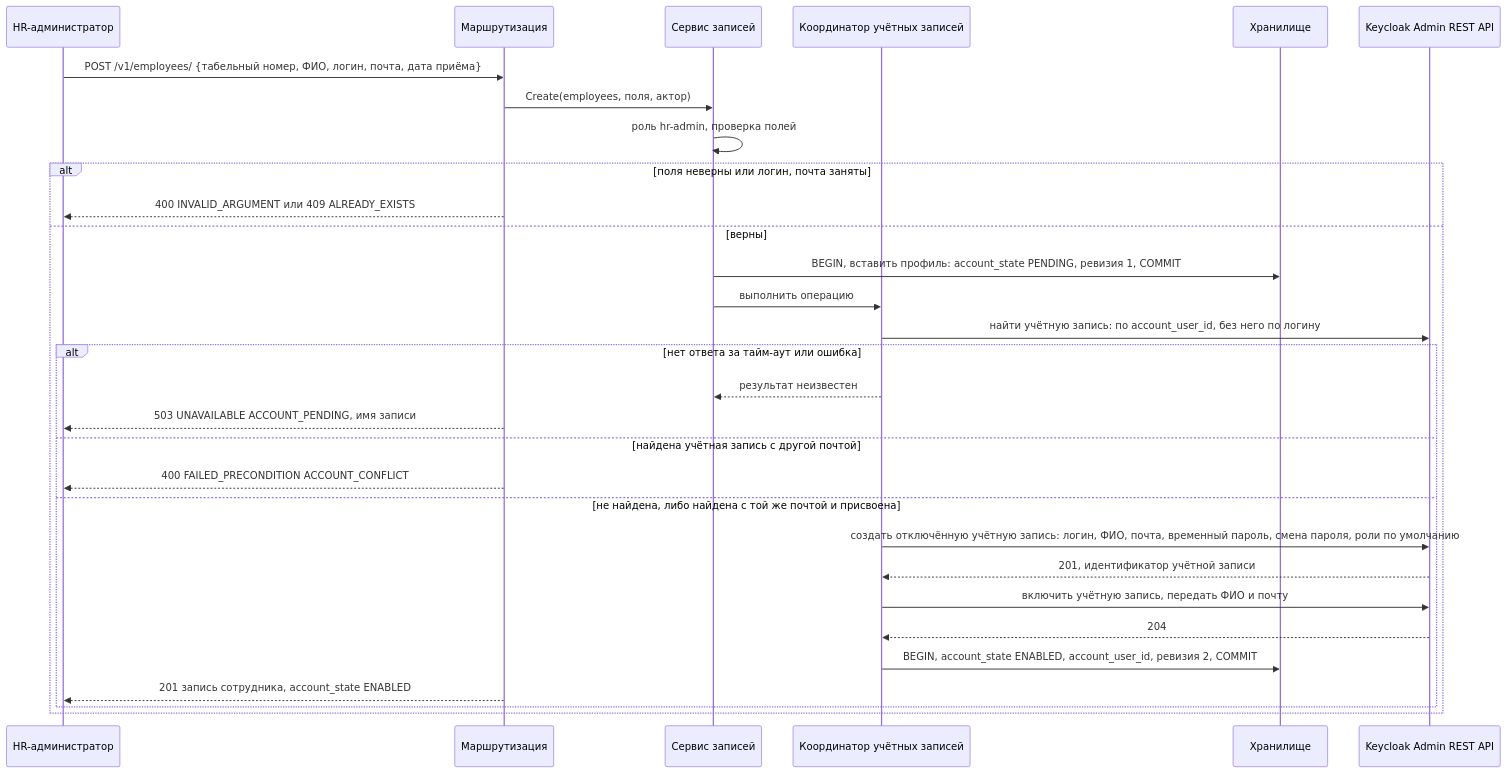
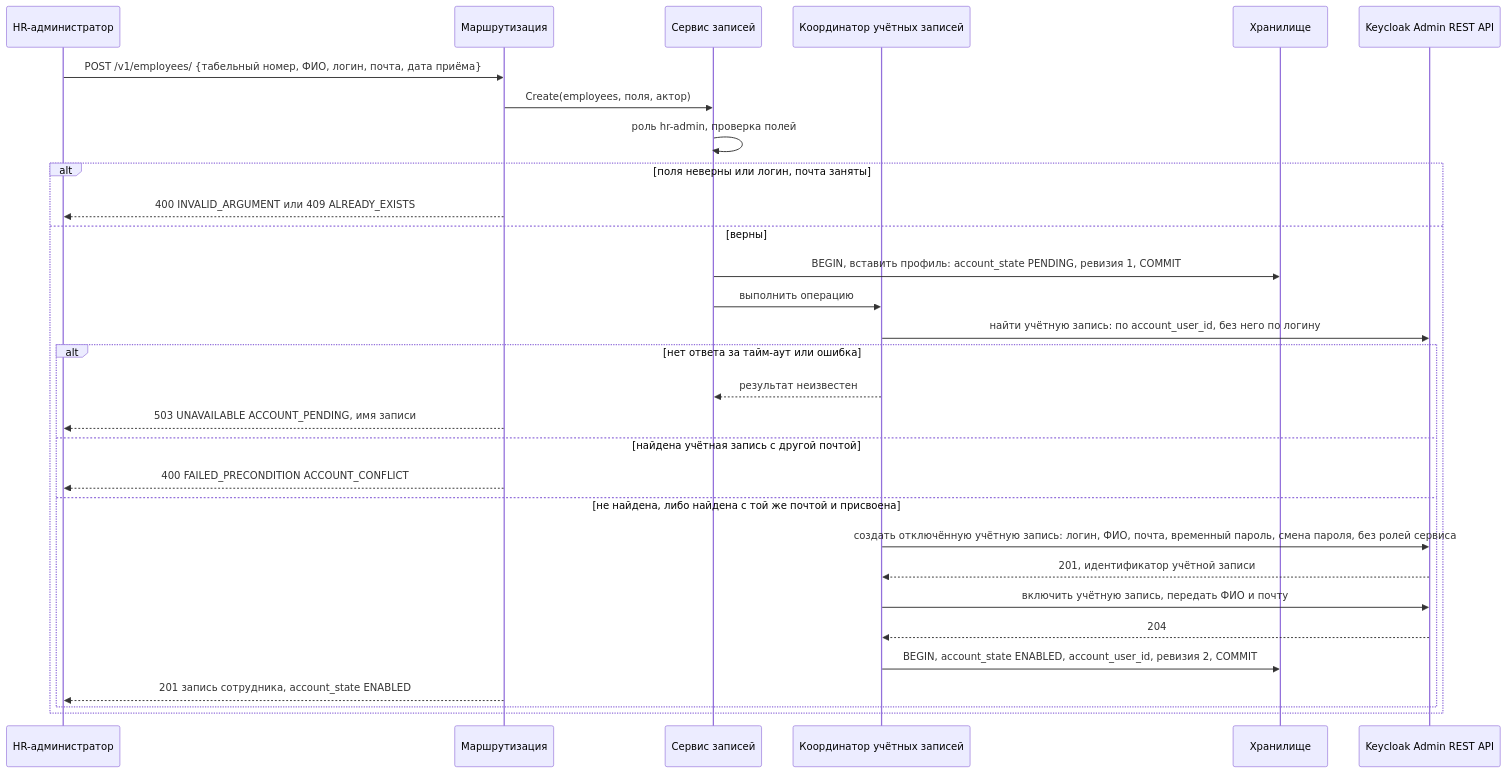
Before and after one commit to MEPhI-C22-501/arch-info-system-monorepo: the eighth of 12 diagrams in reference-manager/documents/155.sequence-diagrams.md, drawn with Mermaid. The commit also changed 17 other files, not shown here.

````diff
--- a/reference-manager/documents/155.sequence-diagrams.md
+++ b/reference-manager/documents/155.sequence-diagrams.md
@@ -237,32 +237,32 @@
 ```mermaid
 sequenceDiagram
     participant HR as HR-администратор
     participant H as Маршрутизация
     participant S as Сервис записей
     participant A as Координатор учётных записей
     participant R as Хранилище
     participant K as Keycloak Admin REST API
     HR->>H: POST /v1/employees/ {табельный номер, ФИО, логин, почта, дата приёма}
     H->>S: Create(employees, поля, актор)
     S->>S: роль hr-admin, проверка полей
     alt поля неверны или логин, почта заняты
         H-->>HR: 400 INVALID_ARGUMENT или 409 ALREADY_EXISTS
     else верны
         S->>R: BEGIN, вставить профиль: account_state PENDING, ревизия 1, COMMIT
         S->>A: выполнить операцию
         A->>K: найти учётную запись: по account_user_id, без него по логину
         alt нет ответа за тайм-аут или ошибка
             A-->>S: результат неизвестен
             H-->>HR: 503 UNAVAILABLE ACCOUNT_PENDING, имя записи
         else найдена учётная запись с другой почтой
             H-->>HR: 400 FAILED_PRECONDITION ACCOUNT_CONFLICT
         else не найдена, либо найдена с той же почтой и присвоена
-            A->>K: создать отключённую учётную запись: логин, ФИО, почта, временный пароль, смена пароля, роли по умолчанию
+            A->>K: создать отключённую учётную запись: логин, ФИО, почта, временный пароль, смена пароля, без ролей сервиса
             K-->>A: 201, идентификатор учётной записи
             A->>K: включить учётную запись, передать ФИО и почту
             K-->>A: 204
             A->>R: BEGIN, account_state ENABLED, account_user_id, ревизия 2, COMMIT
             H-->>HR: 201 запись сотрудника, account_state ENABLED
         end
     end
 ```
````
